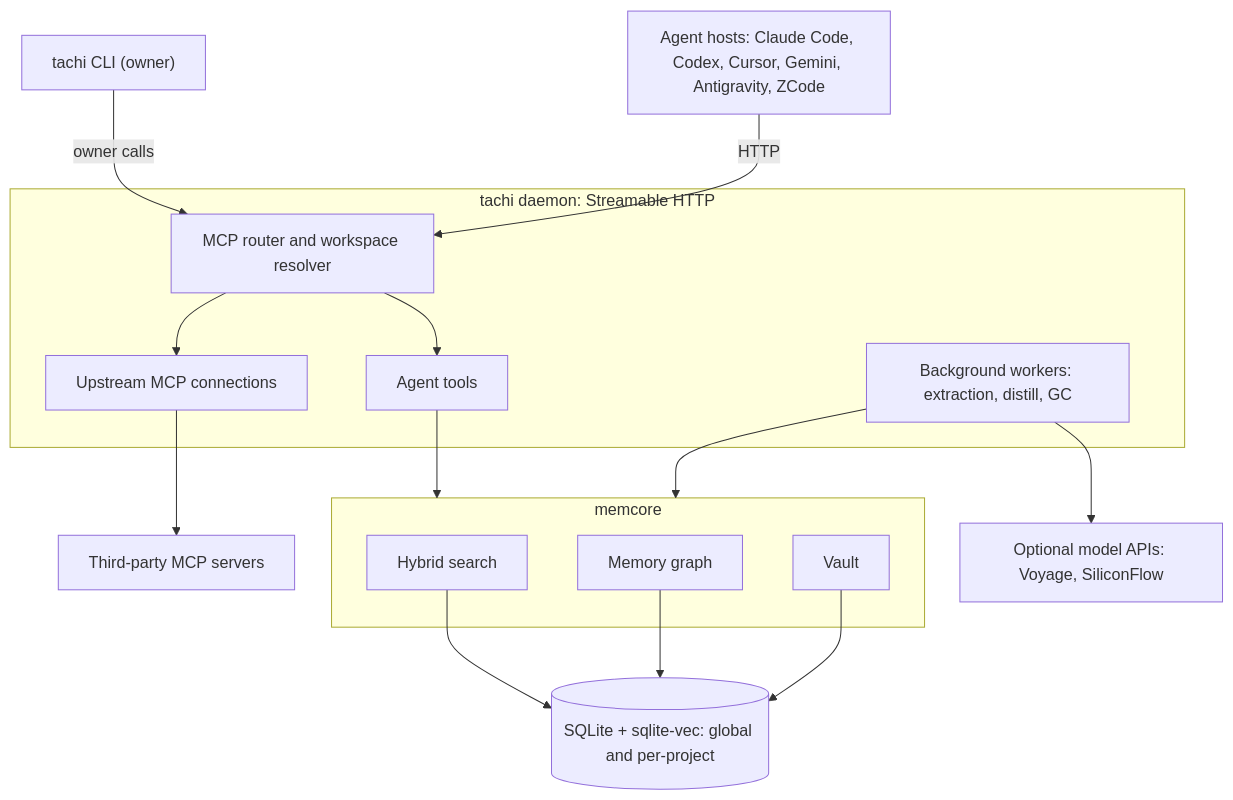
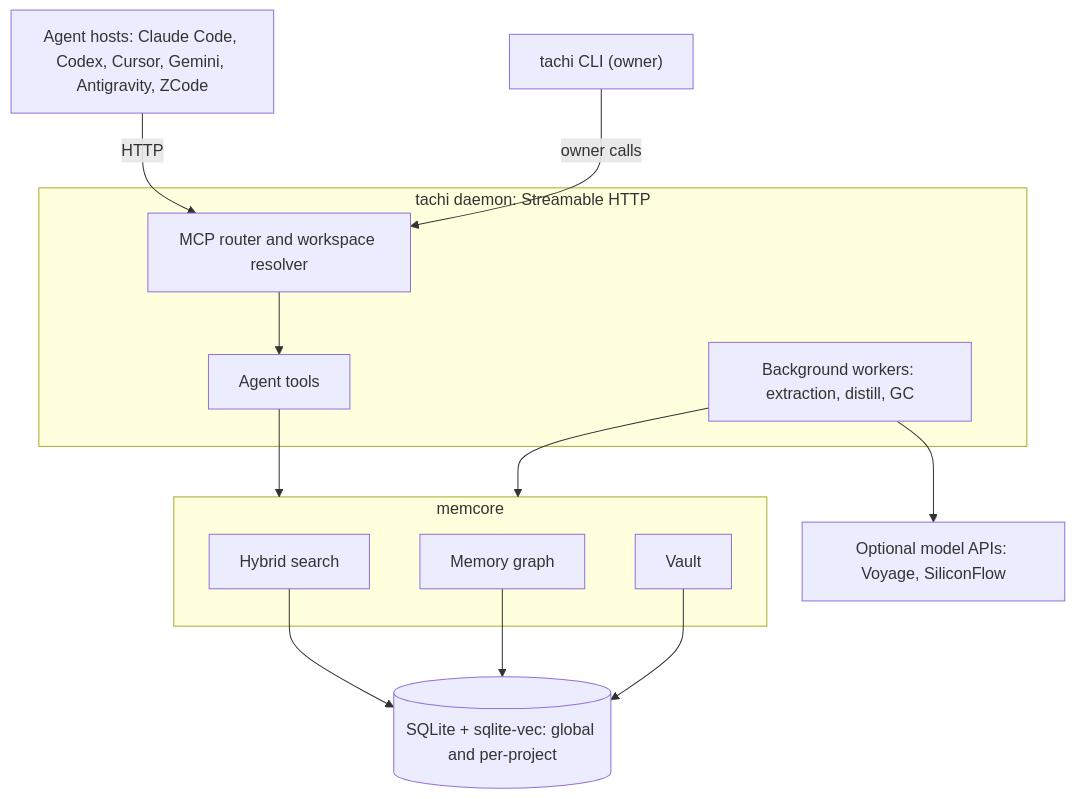
The diagram in README.md (kckylechen1/Tachi), drawn with Mermaid before and after one commit. The commit also changed other lines of this file and 152 other files, not shown here.

````diff
--- a/README.md
+++ b/README.md
@@ -207,34 +207,30 @@
 ```mermaid
 graph TD
     Hosts["Agent hosts: Claude Code, Codex, Cursor, Gemini, Antigravity, ZCode"]
     CLI["tachi CLI (owner)"]
-    Upstream["Third-party MCP servers"]
     APIs["Optional model APIs: Voyage, SiliconFlow"]
 
     subgraph Daemon["tachi daemon: Streamable HTTP"]
         Router["MCP router and workspace resolver"]
         Tools["Agent tools"]
-        Gateway["Upstream MCP connections"]
         Workers["Background workers: extraction, distill, GC"]
     end
 
     subgraph Core["memcore"]
         Search["Hybrid search"]
         Graph["Memory graph"]
         Vault["Vault"]
     end
 
     DB[("SQLite + sqlite-vec: global and per-project")]
 
     Hosts -->|HTTP| Router
     CLI -->|owner calls| Router
     Router --> Tools
-    Router --> Gateway
-    Gateway --> Upstream
     Tools --> Core
     Workers --> Core
     Workers --> APIs
     Search --> DB
     Graph --> DB
     Vault --> DB
 ```
````
